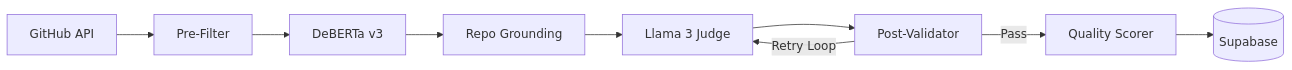
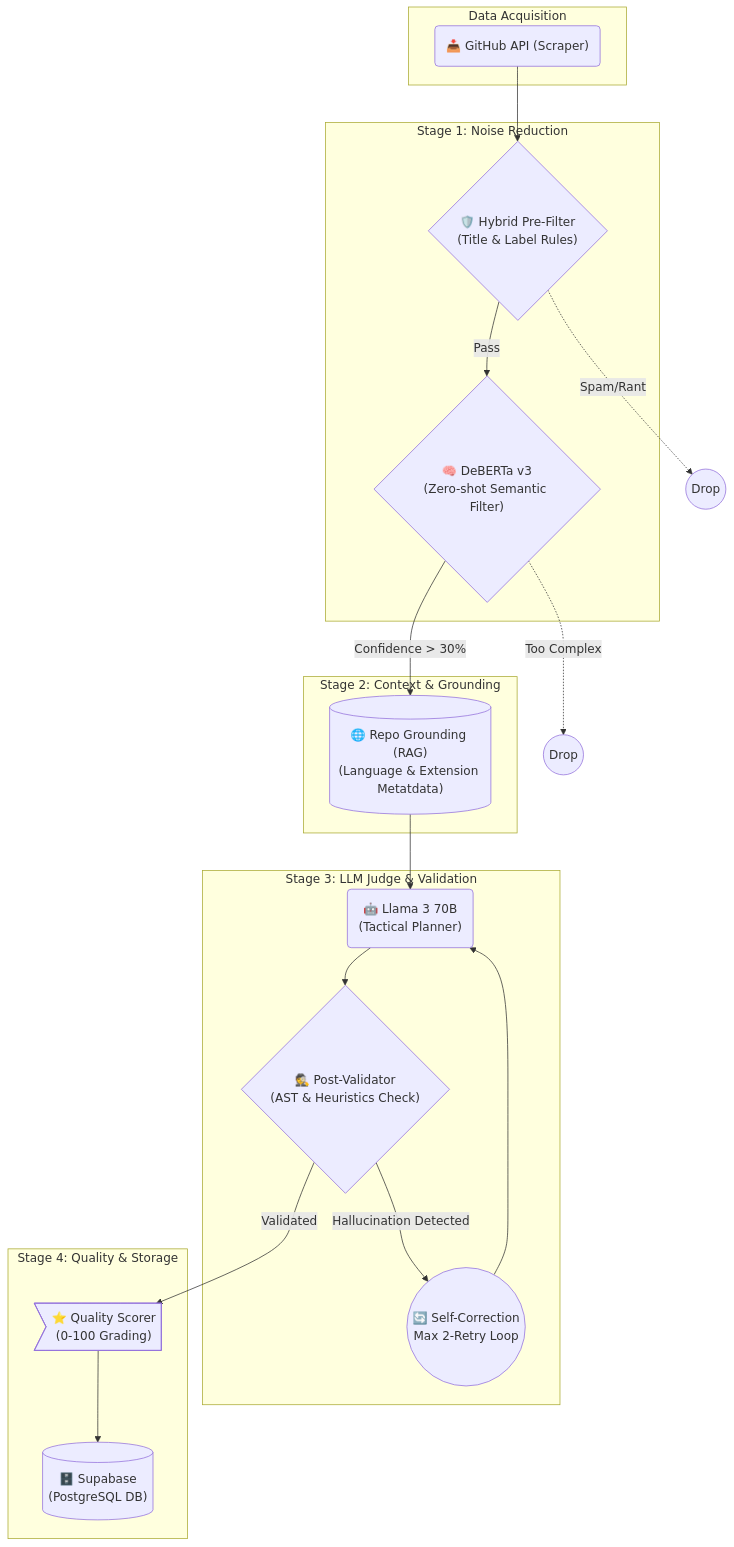
Before and after one commit to sriharizz/gitnova: the diagram in README.md, drawn with Mermaid. The commit also changed other lines of this file and 9 other files, not shown here.

````diff
--- a/README.md
+++ b/README.md
@@ -20,11 +19,38 @@
 ```mermaid
-flowchart LR
-    A[GitHub API] --> B[Pre-Filter]
-    B --> C[DeBERTa v3]
-    C --> D[Repo Grounding]
-    D --> E[Llama 3 Judge]
-    E --> F[Post-Validator]
-    F --> |Retry Loop| E
-    F --> |Pass| G[Quality Scorer]
-    G --> H[(Supabase)]
+flowchart TD
+    subgraph "Data Acquisition"
+        A("📥 GitHub API (Scraper)")
+    end
+
+    subgraph "Stage 1: Noise Reduction"
+        B{"🛡️ Hybrid Pre-Filter\n(Title & Label Rules)"}
+        C{"🧠 DeBERTa v3\n(Zero-shot Semantic Filter)"}
+    end
+
+    subgraph "Stage 2: Context & Grounding"
+        D[("🌐 Repo Grounding (RAG)\n(Language & Extension Metatdata)")]
+    end
+
+    subgraph "Stage 3: LLM Judge & Validation"
+        E("🤖 Llama 3 70B\n(Tactical Planner)")
+        F{"🕵️ Post-Validator\n(AST & Heuristics Check)"}
+        R(("🔄 Self-Correction\nMax 2-Retry Loop"))
+    end
+
+    subgraph "Stage 4: Quality & Storage"
+        G>"⭐ Quality Scorer\n(0-100 Grading)"]
+        H[("🗄️ Supabase\n(PostgreSQL DB)")]
+    end
+
+    A --> B
+    B -- "Pass" --> C
+    B -. "Spam/Rant" .-> Drop1((Drop))
+    C -- "Confidence > 30%" --> D
+    C -. "Too Complex" .-> Drop2((Drop))
+    D --> E
+    E --> F
+    F -- "Hallucination Detected" --> R
+    R --> E
+    F -- "Validated" --> G
+    G --> H
 ```
````
